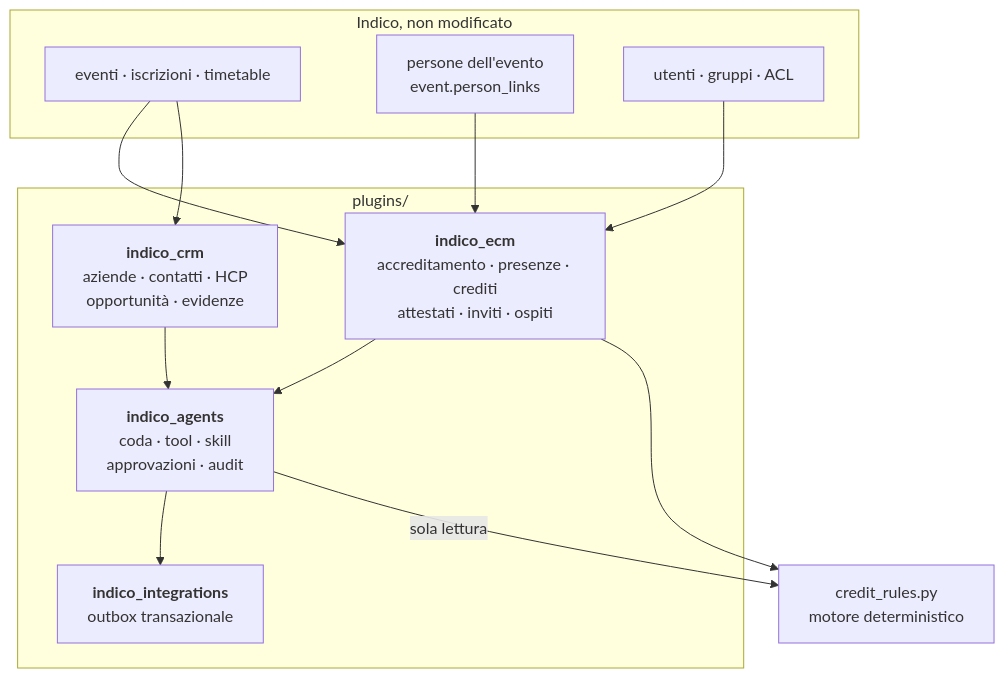
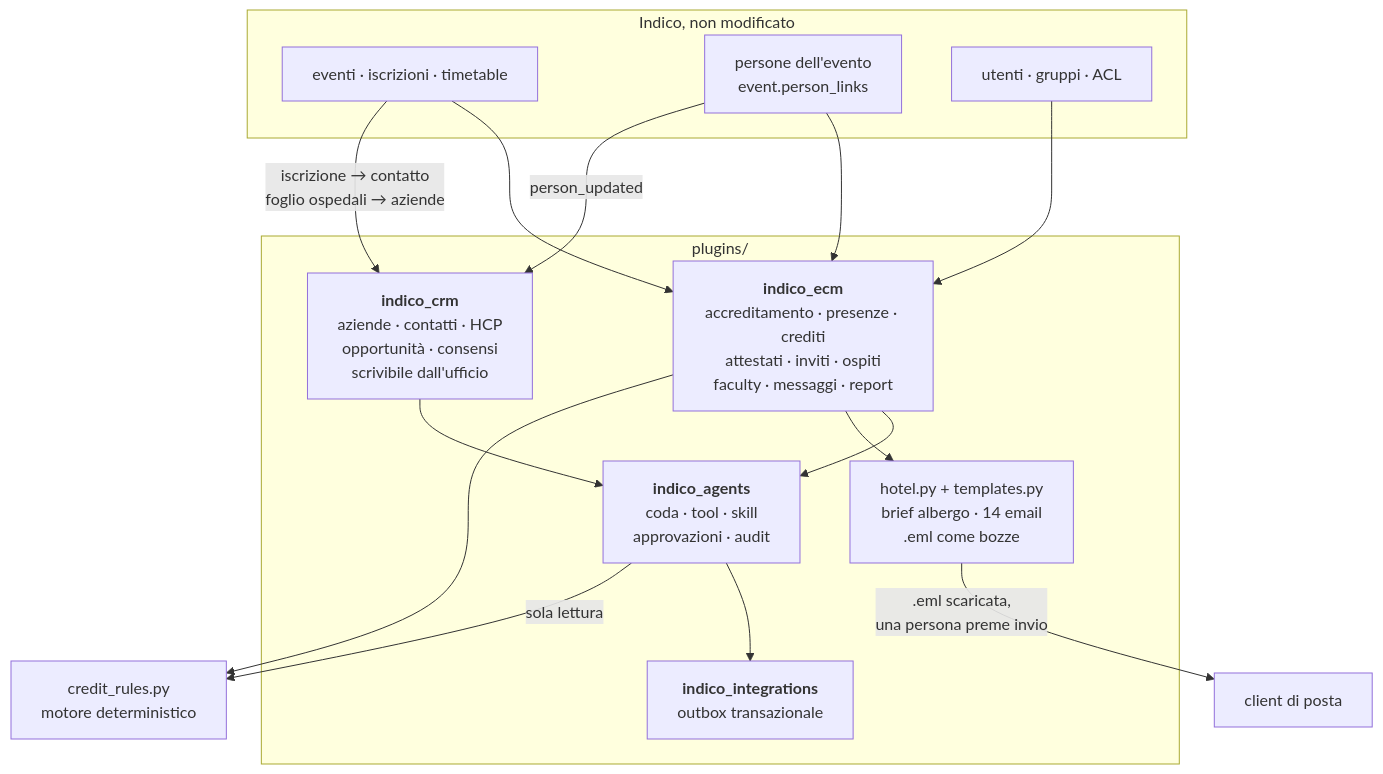
One commit to Michele-cyberpunk/indico-modificato changed the diagram in CLAUDE.md. Above: the diagram before and after it, drawn with Mermaid. The commit also changed other lines of this file, not shown here.

Commit message:
Update the map: the CRM is writable, the messages and the hotel brief exist

````diff
--- a/CLAUDE.md
+++ b/CLAUDE.md
@@ -24,25 +24,29 @@
 ```mermaid
 graph TD
     subgraph indico["Indico, non modificato"]
         EV["eventi · iscrizioni · timetable"]
         PE["persone dell'evento<br/>event.person_links"]
         AU["utenti · gruppi · ACL"]
     end
 
     subgraph plugins["plugins/"]
-        ECM["<b>indico_ecm</b><br/>accreditamento · presenze · crediti<br/>attestati · inviti · ospiti"]
-        CRM["<b>indico_crm</b><br/>aziende · contatti · HCP<br/>opportunità · evidenze"]
+        ECM["<b>indico_ecm</b><br/>accreditamento · presenze · crediti<br/>attestati · inviti · ospiti<br/>faculty · messaggi · report"]
+        CRM["<b>indico_crm</b><br/>aziende · contatti · HCP<br/>opportunità · consensi<br/>scrivibile dall'ufficio"]
         AG["<b>indico_agents</b><br/>coda · tool · skill<br/>approvazioni · audit"]
         INT["<b>indico_integrations</b><br/>outbox transazionale"]
+        HOT["hotel.py + templates.py<br/>brief albergo · 14 email<br/>.eml come bozze"]
     end
 
     EV --> ECM
     PE --> ECM
+    PE -->|"person_updated"| CRM
     AU --> ECM
-    EV --> CRM
+    EV -->|"iscrizione → contatto<br/>foglio ospedali → aziende"| CRM
     ECM --> AG
     CRM --> AG
     AG --> INT
+    ECM --> HOT
+    HOT -->|".eml scaricata,<br/>una persona preme invio"| OUT["client di posta"]
     AG -->|"sola lettura"| CR["credit_rules.py<br/>motore deterministico"]
     ECM --> CR
 ```
````
